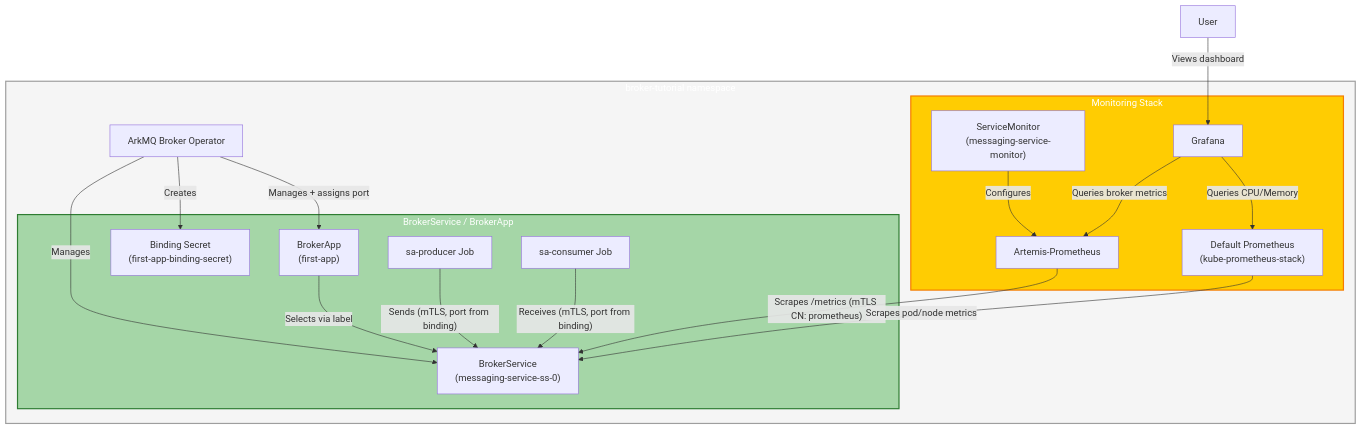
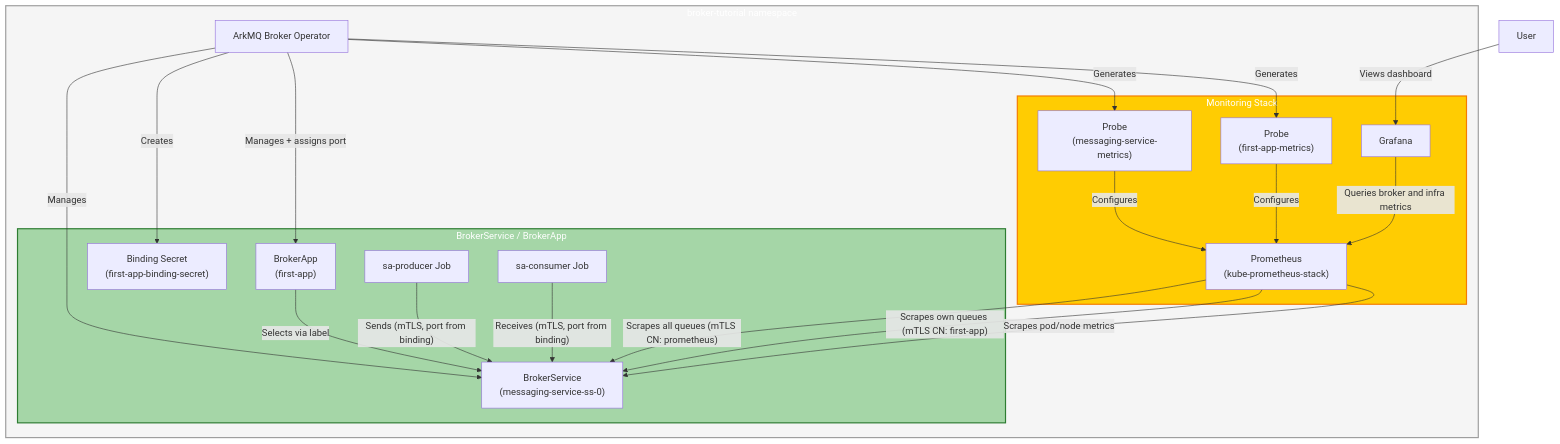
One commit to arkmq-org/arkmq-org-broker-operator changed the second of 2 diagrams in docs/tutorials/secure_messaging_with_monitoring.md. Above: the diagram before and after it, drawn with Mermaid. The commit also changed other lines of this file and 10 other files, not shown here.

````diff
--- a/docs/tutorials/secure_messaging_with_monitoring.md
+++ b/docs/tutorials/secure_messaging_with_monitoring.md
@@ -105,41 +105,44 @@
 ```mermaid
 graph TD
     subgraph broker_tutorial ["broker-tutorial namespace"]
         Operator["ArkMQ Broker Operator"]
 
         subgraph sa_scenario ["BrokerService / BrokerApp"]
             BrokerSvc["BrokerService<br/>(messaging-service-ss-0)"]
             BrokerApp["BrokerApp<br/>(first-app)"]
             BindingSecret["Binding Secret<br/>(first-app-binding-secret)"]
             SAProducer["sa-producer Job"]
             SAConsumer["sa-consumer Job"]
         end
 
         subgraph monitoring ["Monitoring Stack"]
-            ServiceMonitor["ServiceMonitor<br/>(messaging-service-monitor)"]
-            ArtemisProm["Artemis-Prometheus"]
-            DefaultProm["Default Prometheus<br/>(kube-prometheus-stack)"]
+            SvcScrape["Probe<br/>(messaging-service-metrics)"]
+            AppScrape["Probe<br/>(first-app-metrics)"]
+            Prom["Prometheus<br/>(kube-prometheus-stack)"]
             Grafana["Grafana"]
         end
     end
 
     Operator -->|"Manages"| BrokerSvc
     Operator -->|"Manages + assigns port"| BrokerApp
     Operator -->|"Creates"| BindingSecret
 
     BrokerApp -->|"Selects via label"| BrokerSvc
     SAProducer -->|"Sends (mTLS, port from binding)"| BrokerSvc
     SAConsumer -->|"Receives (mTLS, port from binding)"| BrokerSvc
 
-    ServiceMonitor -->|"Configures"| ArtemisProm
-    ArtemisProm -->|"Scrapes /metrics (mTLS CN: prometheus)"| BrokerSvc
-    DefaultProm -->|"Scrapes pod/node metrics"| BrokerSvc
-    Grafana -->|"Queries broker metrics"| ArtemisProm
-    Grafana -->|"Queries CPU/Memory"| DefaultProm
+    Operator -->|"Generates"| SvcScrape
+    Operator -->|"Generates"| AppScrape
+    SvcScrape -->|"Configures"| Prom
+    AppScrape -->|"Configures"| Prom
+    Prom -->|"Scrapes all queues (mTLS CN: prometheus)"| BrokerSvc
+    Prom -->|"Scrapes own queues (mTLS CN: first-app)"| BrokerSvc
+    Prom -->|"Scrapes pod/node metrics"| BrokerSvc
+    Grafana -->|"Queries broker and infra metrics"| Prom
 
     style sa_scenario fill:#a5d6a7,stroke:#2e7d32,stroke-width:2px,color:#ffffff
     style monitoring fill:#ffcc02,stroke:#f57c00,stroke-width:2px,color:#ffffff
     style broker_tutorial fill:#f5f5f5,stroke:#9e9e9e,stroke-width:2px,color:#ffffff
 
     User["User"] -->|"Views dashboard"| Grafana
 ```
````
